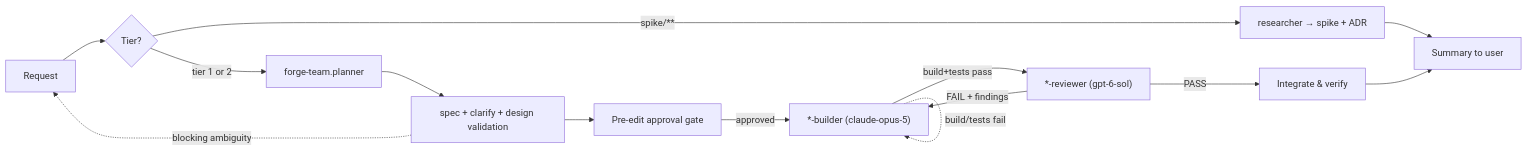
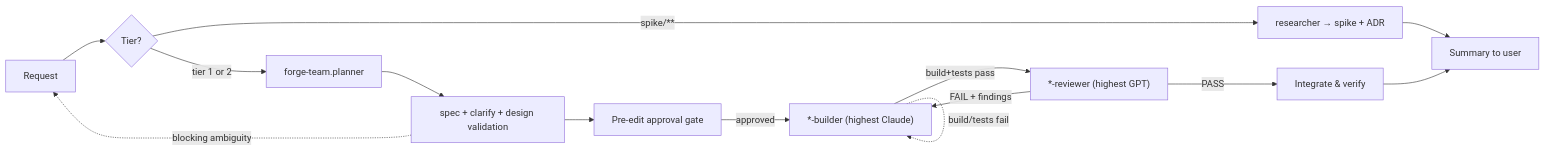
One commit to jacen555/demo changed the diagram in .github/agents/forge-team.agent.md. Above: the diagram before and after it, drawn with Mermaid. The commit also changed other lines of this file and 11 other files, not shown here.

````diff
--- a/.github/agents/forge-team.agent.md
+++ b/.github/agents/forge-team.agent.md
@@ -159,16 +161,16 @@
 ```mermaid
 graph LR
   U[Request] --> T{Tier?}
   T -->|spike/**| SP[researcher → spike + ADR]
   T -->|tier 1 or 2| P[forge-team.planner]
   P --> S[spec + clarify + design validation]
   S -.blocking ambiguity.-> U
   S --> A[Pre-edit approval gate]
-  A -->|approved| B["*-builder (claude-opus-5)"]
-  B -->|build+tests pass| R["*-reviewer (gpt-6-sol)"]
+  A -->|approved| B["*-builder (highest Claude)"]
+  B -->|build+tests pass| R["*-reviewer (highest GPT)"]
   B -.build/tests fail.-> B
   R -->|FAIL + findings| B
   R -->|PASS| D[Integrate & verify]
   SP --> U2[Summary to user]
   D --> U2
 ```
````
